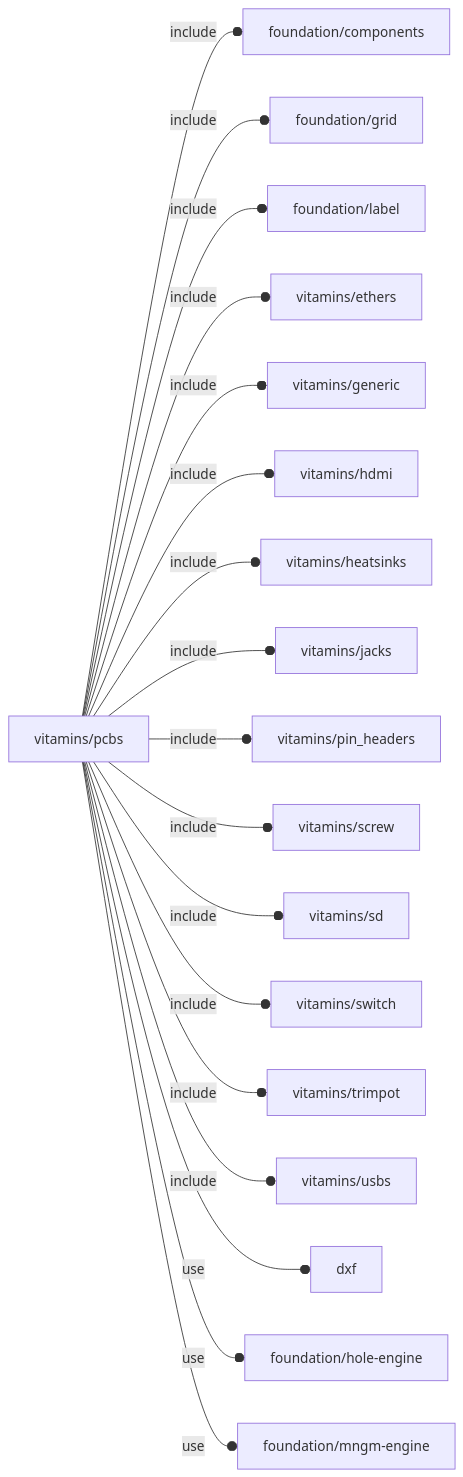
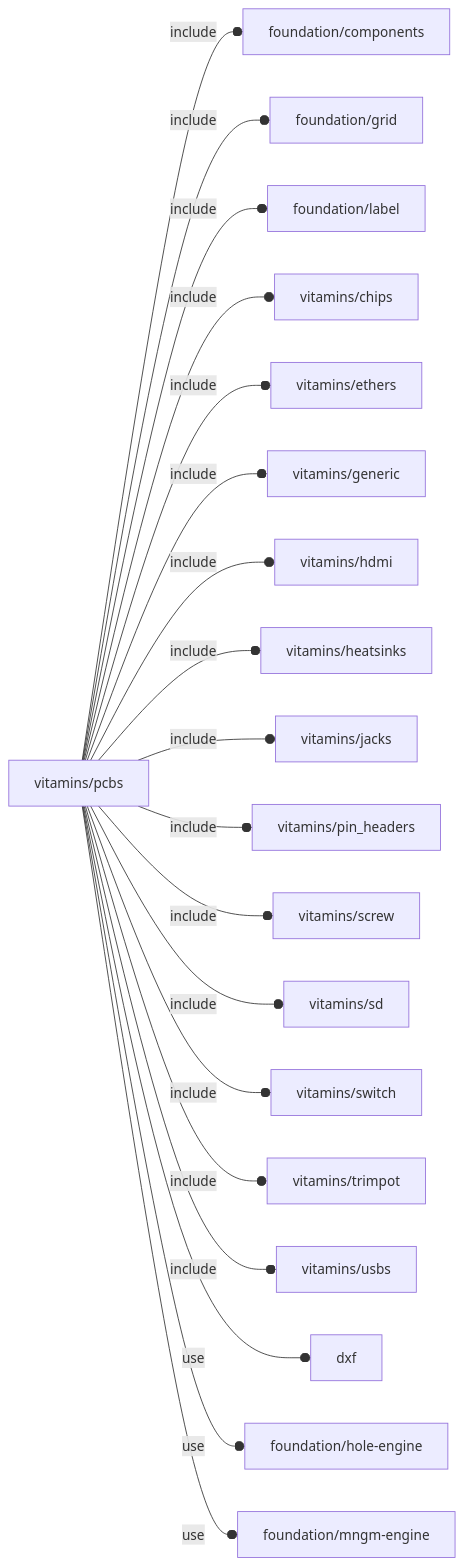
Before and after one commit to ggabbiani/OFL: the diagram in orthodocs/vitamins/pcbs.md, drawn with Mermaid. The commit also changed other lines of this file and 384 other files, not shown here.

````diff
--- a/orthodocs/vitamins/pcbs.md
+++ b/orthodocs/vitamins/pcbs.md
@@ -5,20 +5,21 @@
 ```mermaid
 graph LR
     A1[vitamins/pcbs] --o|include| A2[foundation/components]
     A1 --o|include| A3[foundation/grid]
     A1 --o|include| A4[foundation/label]
-    A1 --o|include| A5[vitamins/ethers]
-    A1 --o|include| A6[vitamins/generic]
-    A1 --o|include| A7[vitamins/hdmi]
-    A1 --o|include| A8[vitamins/heatsinks]
-    A1 --o|include| A9[vitamins/jacks]
-    A1 --o|include| A10[vitamins/pin_headers]
-    A1 --o|include| A11[vitamins/screw]
-    A1 --o|include| A12[vitamins/sd]
-    A1 --o|include| A13[vitamins/switch]
-    A1 --o|include| A14[vitamins/trimpot]
-    A1 --o|include| A15[vitamins/usbs]
-    A1 --o|use| A16[dxf]
-    A1 --o|use| A17[foundation/hole-engine]
-    A1 --o|use| A18[foundation/mngm-engine]
+    A1 --o|include| A5[vitamins/chips]
+    A1 --o|include| A6[vitamins/ethers]
+    A1 --o|include| A7[vitamins/generic]
+    A1 --o|include| A8[vitamins/hdmi]
+    A1 --o|include| A9[vitamins/heatsinks]
+    A1 --o|include| A10[vitamins/jacks]
+    A1 --o|include| A11[vitamins/pin_headers]
+    A1 --o|include| A12[vitamins/screw]
+    A1 --o|include| A13[vitamins/sd]
+    A1 --o|include| A14[vitamins/switch]
+    A1 --o|include| A15[vitamins/trimpot]
+    A1 --o|include| A16[vitamins/usbs]
+    A1 --o|use| A17[dxf]
+    A1 --o|use| A18[foundation/hole-engine]
+    A1 --o|use| A19[foundation/mngm-engine]
 ```
````
